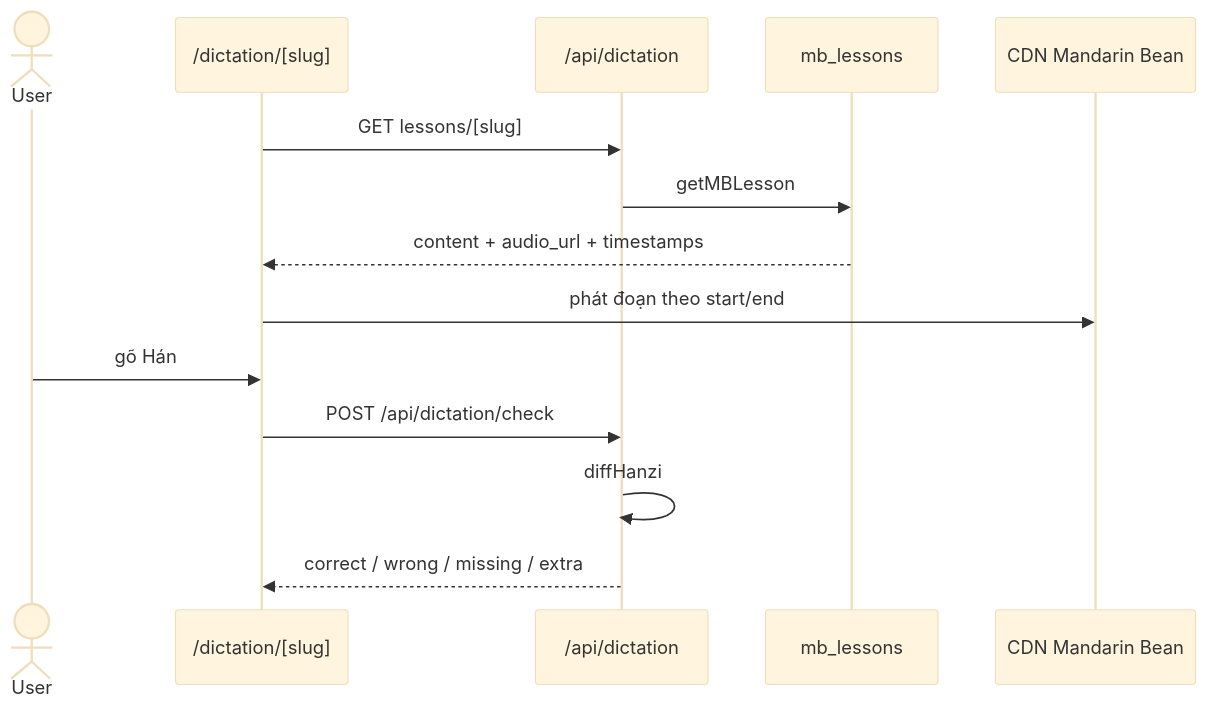
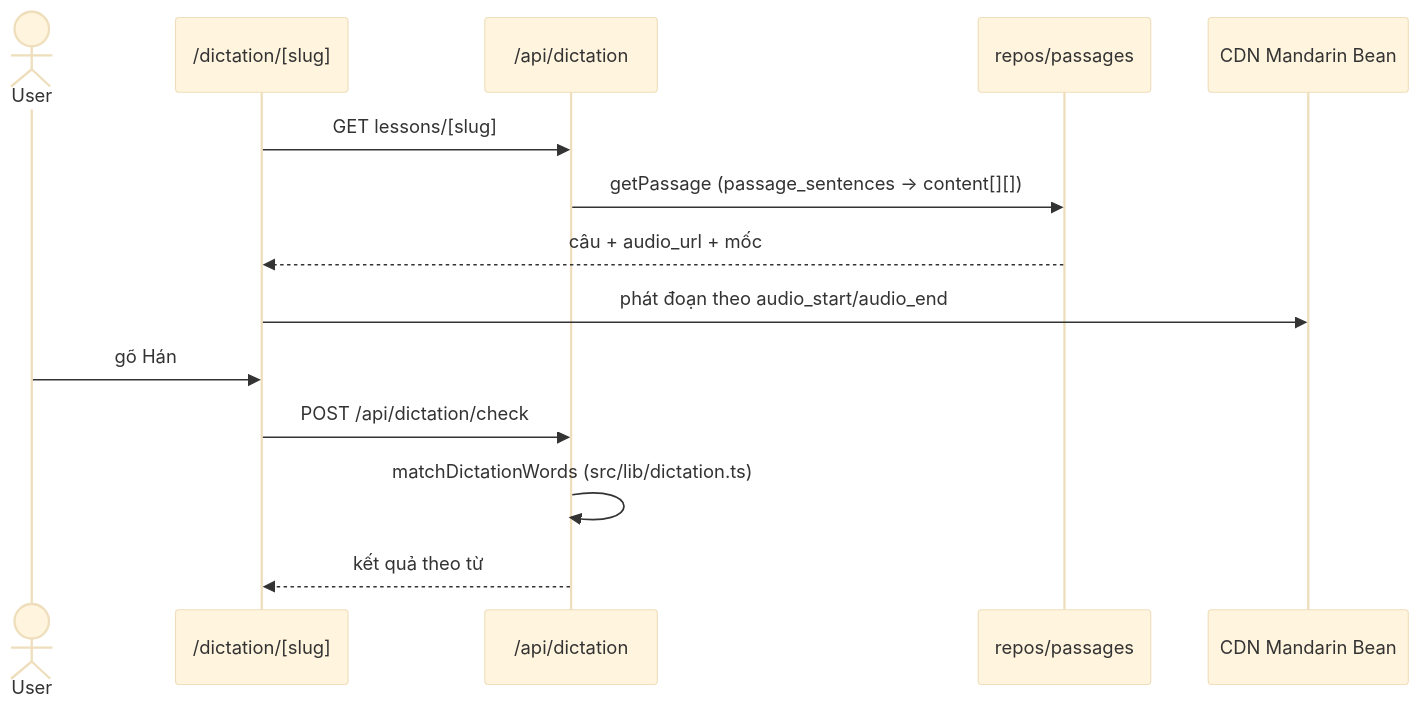
The seventh of 9 diagrams in docs/ARCHITECTURE.md (phuonglai99/language), drawn with Mermaid (base theme) before and after one commit. The commit also changed other lines of this file and 12 other files, not shown here.

````diff
--- a/docs/ARCHITECTURE.md
+++ b/docs/ARCHITECTURE.md
@@ -281,17 +207,17 @@
 ```mermaid
 sequenceDiagram
   actor User
   participant Page as /dictation/[slug]
   participant API as /api/dictation
-  participant DB as mb_lessons
+  participant Repo as repos/passages
   participant Audio as CDN Mandarin Bean
 
   Page->>API: GET lessons/[slug]
-  API->>DB: getMBLesson
-  DB-->>Page: content + audio_url + timestamps
-  Page->>Audio: phát đoạn theo start/end
+  API->>Repo: getPassage (passage_sentences → content[][])
+  Repo-->>Page: câu + audio_url + mốc
+  Page->>Audio: phát đoạn theo audio_start/audio_end
   User->>Page: gõ Hán
   Page->>API: POST /api/dictation/check
-  API->>API: diffHanzi
-  API-->>Page: correct / wrong / missing / extra
+  API->>API: matchDictationWords (src/lib/dictation.ts)
+  API-->>Page: kết quả theo từ
 ```
````
